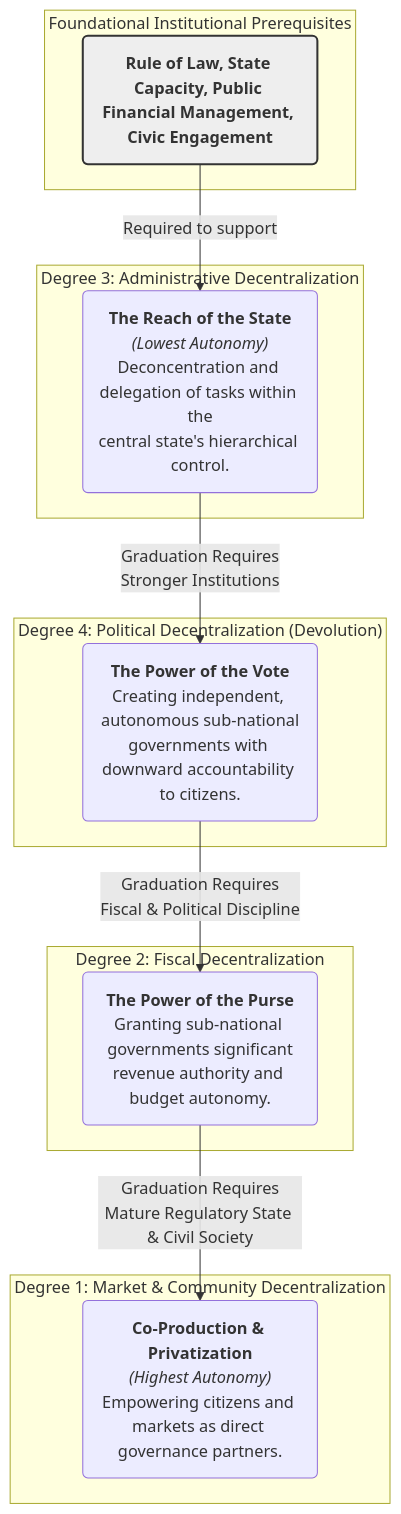
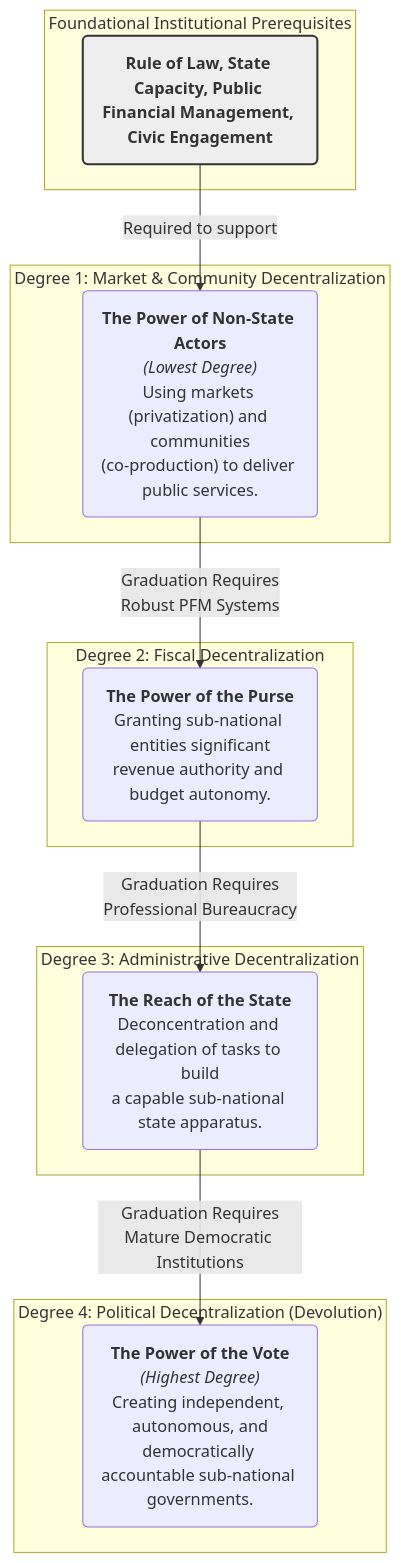
The diagram in 2.1.md (Aboutorabi/2.1.md), drawn with Mermaid before and after one commit.

````diff
--- a/2.1.md
+++ b/2.1.md
@@ -1,27 +1,27 @@
 ```mermaid
 graph TD
-    subgraph "Degree 1: Market & Community Decentralization"
-        D4("<b>Co-Production & Privatization</b><br><i>(Highest Autonomy)</i><br>Empowering citizens and markets as direct governance partners.")
+    subgraph "Degree 4: Political Decentralization (Devolution)"
+        D4("<b>The Power of the Vote</b><br><i>(Highest Degree)</i><br>Creating independent, autonomous, and<br>democratically accountable sub-national governments.")
+    end
+    subgraph "Degree 3: Administrative Decentralization"
+        D3("<b>The Reach of the State</b><br>Deconcentration and delegation of tasks to build<br>a capable sub-national state apparatus.")
     end
     subgraph "Degree 2: Fiscal Decentralization"
-        D3("<b>The Power of the Purse</b><br>Granting sub-national governments significant<br>revenue authority and budget autonomy.")
+        D2("<b>The Power of the Purse</b><br>Granting sub-national entities significant<br>revenue authority and budget autonomy.")
     end
-    subgraph "Degree 3: Administrative Decentralization"
-        D1("<b>The Reach of the State</b><br><i>(Lowest Autonomy)</i><br>Deconcentration and delegation of tasks within the<br>central state's hierarchical control.")
-    end
-    subgraph "Degree 4: Political Decentralization (Devolution)"
-        D2("<b>The Power of the Vote</b><br>Creating independent, autonomous sub-national<br>governments with downward accountability to citizens.")
+    subgraph "Degree 1: Market & Community Decentralization"
+        D1("<b>The Power of Non-State Actors</b><br><i>(Lowest Degree)</i><br>Using markets (privatization) and communities<br>(co-production) to deliver public services.")
     end
     
     subgraph "Foundational Institutional Prerequisites"
         F("<b>Rule of Law, State Capacity, Public Financial Management, Civic Engagement</b>")
     end
 
     F -- "Required to support" --> D1
-    D1 -- "Graduation Requires<br>Stronger Institutions" --> D2
-    D2 -- "Graduation Requires<br>Fiscal & Political Discipline" --> D3
-    D3 -- "Graduation Requires<br>Mature Regulatory State & Civil Society" --> D4
+    D1 -- "Graduation Requires<br>Robust PFM Systems" --> D2
+    D2 -- "Graduation Requires<br>Professional Bureaucracy" --> D3
+    D3 -- "Graduation Requires<br>Mature Democratic Institutions" --> D4
 
     style F fill:#eee,stroke:#333,stroke-width:2px
 
 ```
````
